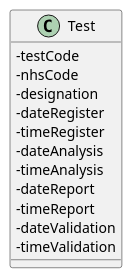
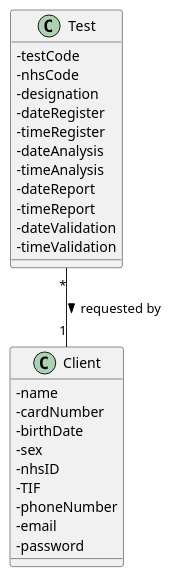
The diagram in docs/SprintD/US16/US16_DM.puml (MadDinosaur/ISEP-LAPR2), drawn with PlantUML before and after one commit. The commit also changed 2 other files, not shown here.

Commit message:
US16: made some changes to the domain model and the sequence diagram; created the class diagram.

```diff
--- a/docs/SprintD/US16/US16_DM.puml
+++ b/docs/SprintD/US16/US16_DM.puml
@@ -1,19 +1,32 @@
 @startuml
 
 skinparam classAttributeIconSize 0
 
 class Test {
 -testCode
 -nhsCode
 -designation
 -dateRegister
 -timeRegister
 -dateAnalysis
 -timeAnalysis
 -dateReport
 -timeReport
 -dateValidation
 -timeValidation
 }
+class Client {
+-name
+-cardNumber
+-birthDate
+-sex
+-nhsID
+-TIF
+-phoneNumber
+-email
+-password
+}
+
+Test "*"--"1" Client : requested by >
 
 @enduml
```
